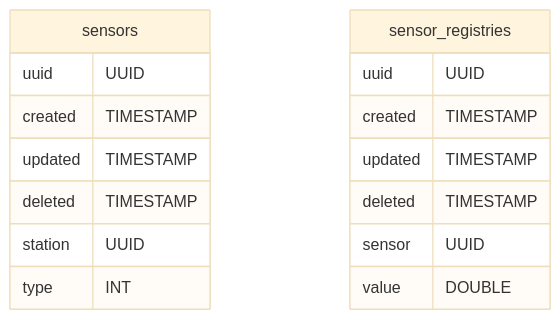
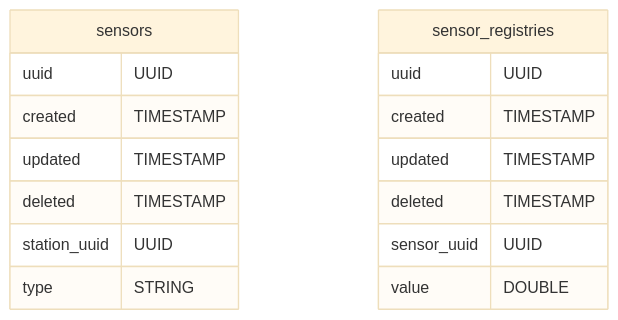
The second of 4 diagrams in Database.md (hidromatologia-v2/docs), drawn with Mermaid (base theme) before and after one commit. The commit also changed other lines of this file, not shown here.

Commit message:
docs: updated tables ER diagrams

````diff
--- a/Database.md
+++ b/Database.md
@@ -55,21 +39,21 @@
 ```mermaid
 erDiagram
 
 sensors {
 	uuid UUID
 	created TIMESTAMP
 	updated TIMESTAMP
 	deleted TIMESTAMP
-	station UUID
-	type INT
+	station_uuid UUID
+	type STRING
 }
 
 sensor_registries {
 	uuid UUID
 	created TIMESTAMP
 	updated TIMESTAMP
 	deleted TIMESTAMP
-	sensor UUID
+	sensor_uuid UUID
 	value DOUBLE
 }
 ```
````
